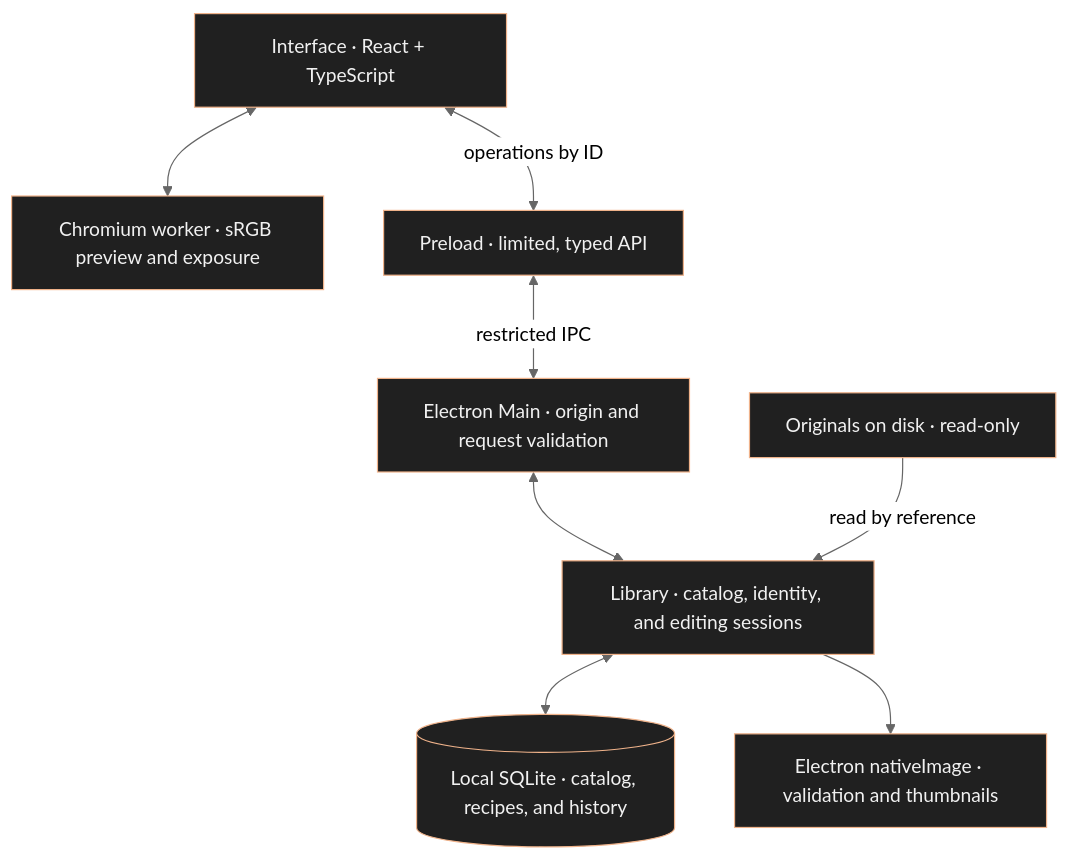
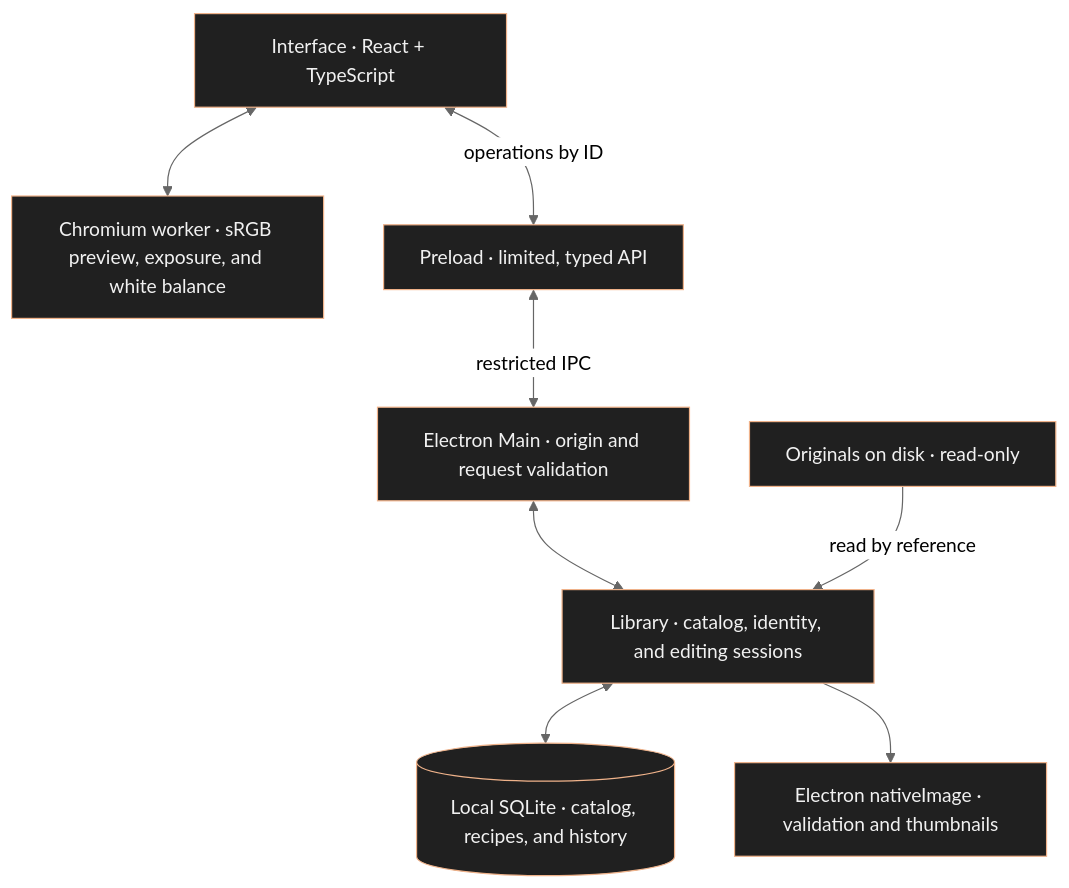
One commit to glaucia86/revelumo changed the diagram in README.md. Above: the diagram before and after it, drawn with Mermaid (neutral theme). The commit also changed other lines of this file and 21 other files, not shown here.

````diff
--- a/README.md
+++ b/README.md
@@ -209,22 +228,22 @@
 ```mermaid
 flowchart TB
     UI["Interface · React + TypeScript"]
-    EDIT["Chromium worker · sRGB preview and exposure"]
+    EDIT["Chromium worker · sRGB preview, exposure, and white balance"]
     PRE["Preload · limited, typed API"]
     MAIN["Electron Main · origin and request validation"]
     LIB["Library · catalog, identity, and editing sessions"]
     DB[("Local SQLite · catalog, recipes, and history")]
     DEC["Electron nativeImage · validation and thumbnails"]
     FILES["Originals on disk · read-only"]
 
     UI <--> EDIT
     UI <-->|"operations by ID"| PRE
     PRE <-->|"restricted IPC"| MAIN
     MAIN <--> LIB
     LIB <--> DB
     LIB --> DEC
     FILES -->|"read by reference"| LIB
 
     classDef local fill:#202020,stroke:#efb28a,color:#f1f1f1;
     class UI,EDIT,PRE,MAIN,LIB,DB,DEC,FILES local;
 ```
````
